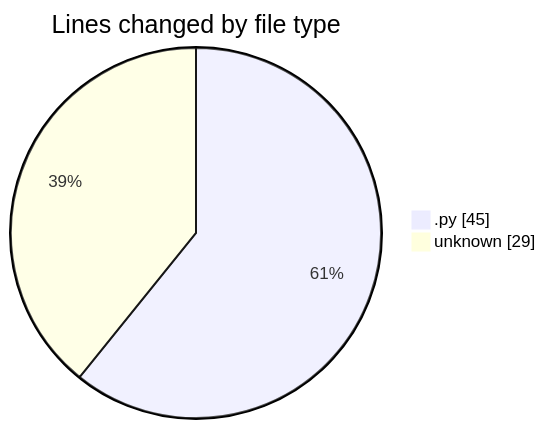
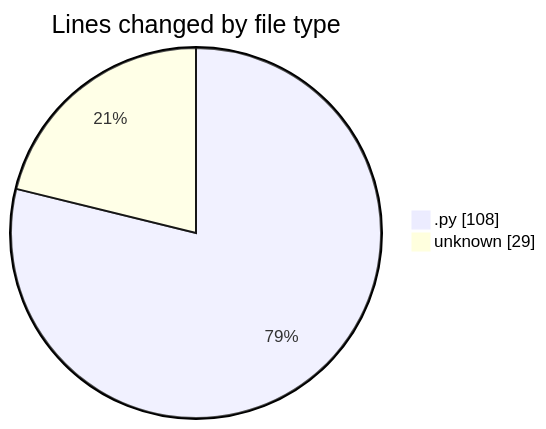
One commit to julien-gomy/code-tracking changed the first of 2 diagrams in 2025-10-16/eventscop-api-guide__workspace_/README.md. Above: the diagram before and after it, drawn with Mermaid. The commit also changed other lines of this file and 1 other file, not shown here.

````diff
--- a/2025-10-16/eventscop-api-guide__workspace_/README.md
+++ b/2025-10-16/eventscop-api-guide__workspace_/README.md
@@ -22,6 +23,6 @@
 ```mermaid
 pie showData
 title Lines changed by file type
-".py" : 45
+".py" : 108
 "unknown" : 29
 ```
````
